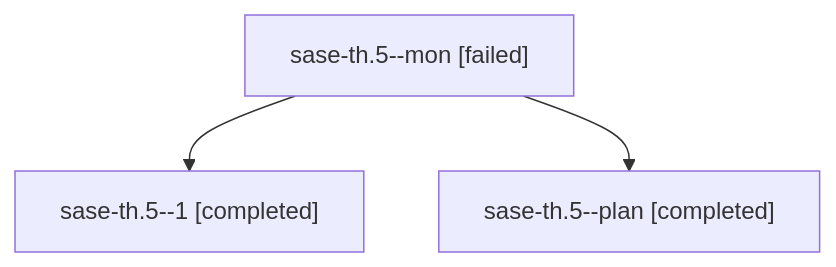
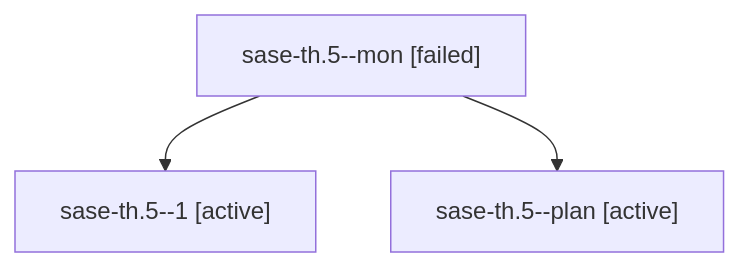
Before and after one commit to sase-org/sase--agents: the diagram in families/bbugyi200.athena.sase-th.5.md, drawn with Mermaid. The commit also changed other lines of this file and 35830 other files, not shown here.

````diff
--- a/families/bbugyi200.athena.sase-th.5.md
+++ b/families/bbugyi200.athena.sase-th.5.md
@@ -9,8 +9,8 @@
 ```mermaid
 flowchart TD
   n0["sase-th.5--mon [failed]"]
-  n1["sase-th.5--1 [completed]"]
+  n1["sase-th.5--1 [active]"]
   n0 --> n1
-  n2["sase-th.5--plan [completed]"]
+  n2["sase-th.5--plan [active]"]
   n0 --> n2
 ```
````
